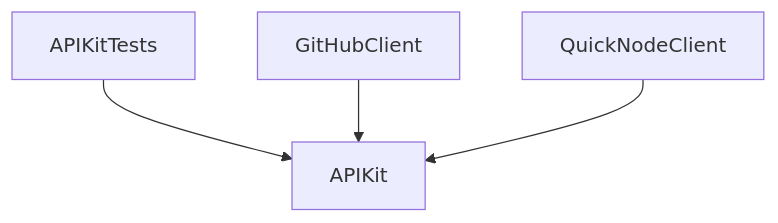
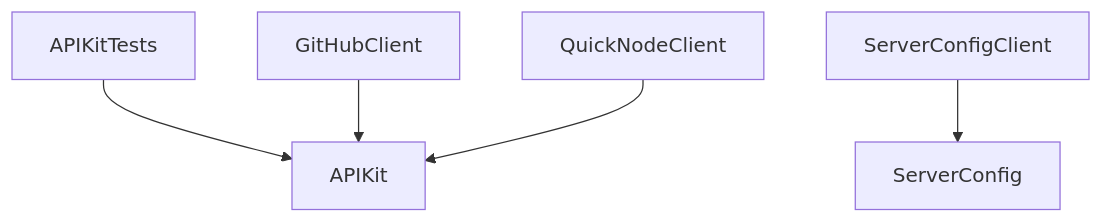
One commit to caaaption/caaaption changed the diagram in Packages/ClientPackage/README.md. Above: the diagram before and after it, drawn with Mermaid. The commit also changed 1 other file, not shown here.

Commit message:
Run dgraph (#324)

````diff
--- a/Packages/ClientPackage/README.md
+++ b/Packages/ClientPackage/README.md
@@ -3,6 +3,7 @@
 ```mermaid
 graph TD;
     APIKitTests-->APIKit;
     GitHubClient-->APIKit;
     QuickNodeClient-->APIKit;
+    ServerConfigClient-->ServerConfig;
 ```
````
